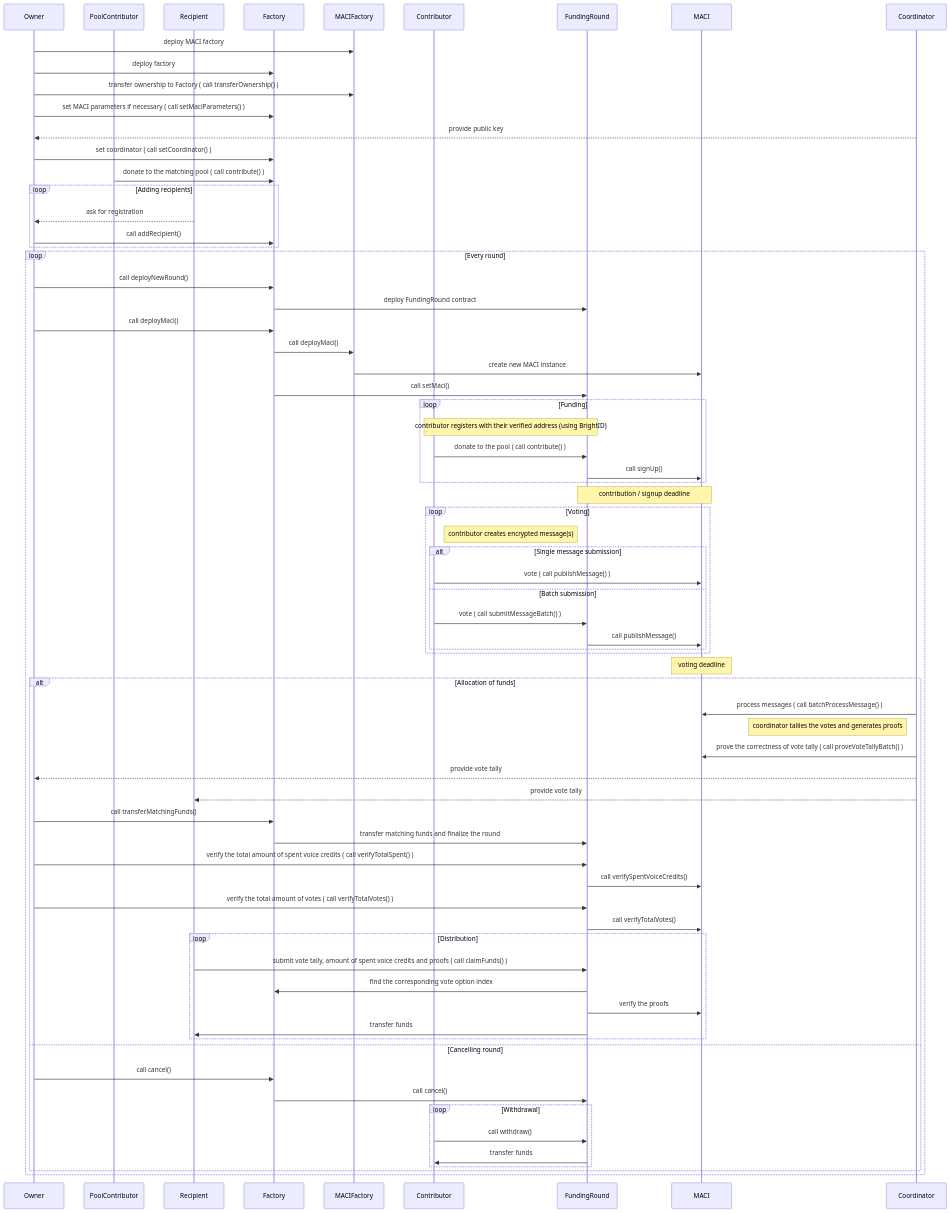
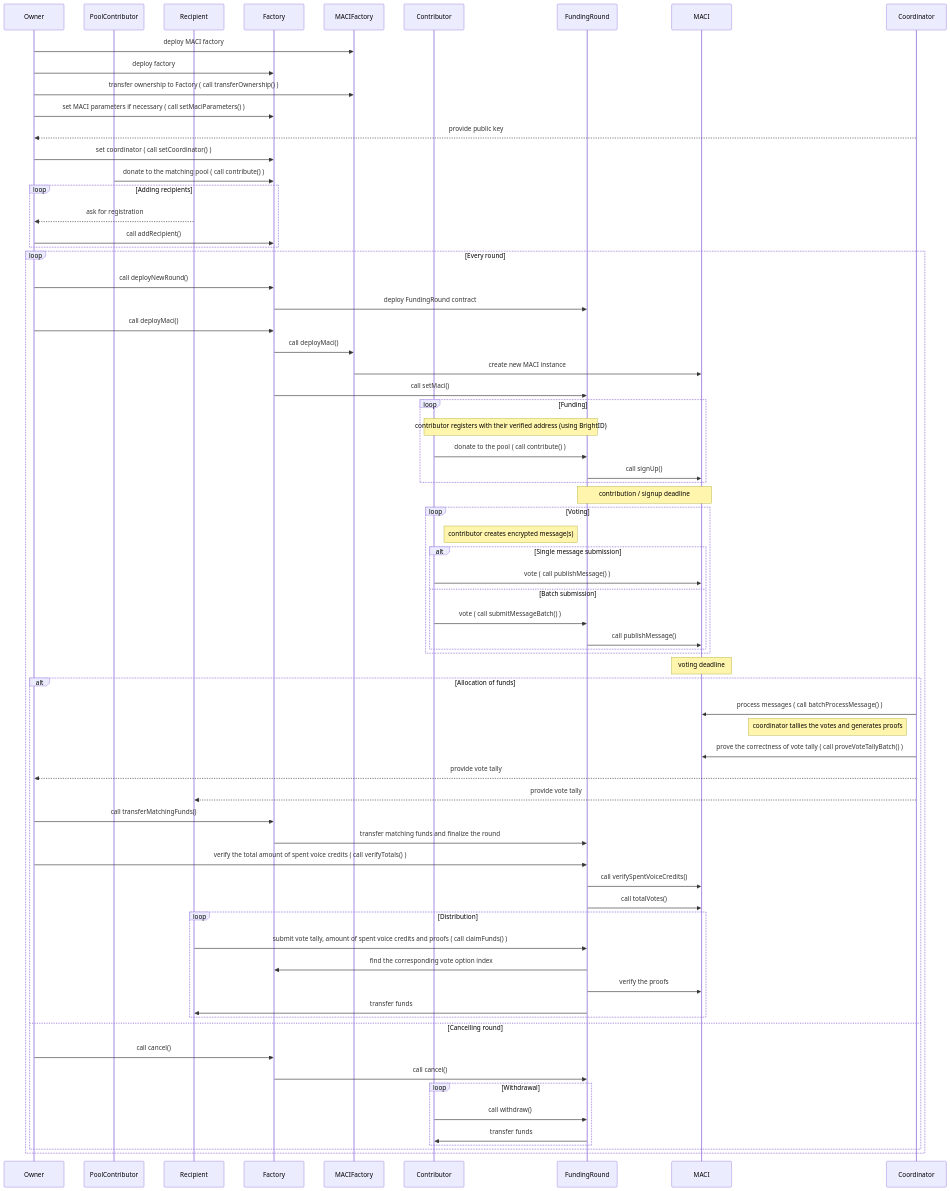
One commit to goldentechie/clrfund changed the diagram in docs/clrfund.mmd. Above: the diagram before and after it, drawn with Mermaid.

Commit message:
Misc: Update sequence diagram

```diff
--- a/docs/clrfund.mmd
+++ b/docs/clrfund.mmd
@@ -1,83 +1,82 @@
 %% To render this diagram, paste the code into the live editor https://mermaid-js.github.io/mermaid-live-editor/ or use Mermaid CLI
 
 sequenceDiagram
     participant Owner
     participant PoolContributor
     participant Recipient
     participant Factory
     participant MACIFactory
     participant Contributor
     participant FundingRound
     participant MACI
     participant Coordinator
     
     Owner ->> MACIFactory: deploy MACI factory
     Owner ->> Factory: deploy factory
     Owner ->> MACIFactory: transfer ownership to Factory ( call transferOwnership() )
     Owner ->> Factory: set MACI parameters if necessary ( call setMaciParameters() )
     Coordinator -->> Owner: provide public key
     Owner ->> Factory: set coordinator ( call setCoordinator() )
     PoolContributor ->> Factory: donate to the matching pool ( call contribute() )
 
     loop Adding recipients
         Recipient -->> Owner: ask for registration
         Owner ->> Factory: call addRecipient()
     end
     
     loop Every round
         Owner ->> Factory: call deployNewRound()
         Factory ->> FundingRound: deploy FundingRound contract
         Owner ->> Factory: call deployMaci()
         Factory ->> MACIFactory: call deployMaci()
         MACIFactory ->> MACI: create new MACI instance
         Factory ->> FundingRound: call setMaci()
         
         loop Funding
             Note over Contributor, FundingRound: contributor registers with their verified address (using BrightID)
             Contributor ->> FundingRound: donate to the pool ( call contribute() )
             FundingRound ->> MACI: call signUp()
         end
         
         Note over FundingRound, MACI: contribution / signup deadline
         
         loop Voting
             Note right of Contributor: contributor creates encrypted message(s)
             alt Single message submission
                 Contributor ->> MACI: vote ( call publishMessage() )
             else Batch submission
                 Contributor ->> FundingRound: vote ( call submitMessageBatch() )
                 FundingRound ->> MACI: call publishMessage()
             end
         end
         
         Note over MACI: voting deadline
 
         alt Allocation of funds
             Coordinator ->> MACI: process messages ( call batchProcessMessage() )
             Note left of Coordinator: coordinator tallies the votes and generates proofs
             Coordinator ->> MACI: prove the correctness of vote tally ( call proveVoteTallyBatch() )
             Coordinator -->> Owner: provide vote tally
             Coordinator -->> Recipient: provide vote tally
             Owner ->> Factory: call transferMatchingFunds()
             Factory ->> FundingRound: transfer matching funds and finalize the round
-            Owner ->> FundingRound: verify the total amount of spent voice credits ( call verifyTotalSpent() )
+            Owner ->> FundingRound: verify the total amount of spent voice credits ( call verifyTotals() )
             FundingRound ->> MACI: call verifySpentVoiceCredits()
-            Owner ->> FundingRound: verify the total amount of votes ( call verifyTotalVotes() )
-            FundingRound ->> MACI: call verifyTotalVotes()
+            FundingRound ->> MACI: call totalVotes()
 
             loop Distribution
                 Recipient ->> FundingRound: submit vote tally, amount of spent voice credits and proofs ( call claimFunds() )
                 FundingRound ->> Factory: find the corresponding vote option index
                 FundingRound ->> MACI: verify the proofs
                 FundingRound ->> Recipient: transfer funds
             end
         else Cancelling round
             Owner ->> Factory: call cancel()
             Factory ->> FundingRound: call cancel()
 
             loop Withdrawal
                 Contributor ->> FundingRound: call withdraw()
                 FundingRound ->> Contributor: transfer funds
             end
         end
     end
```
